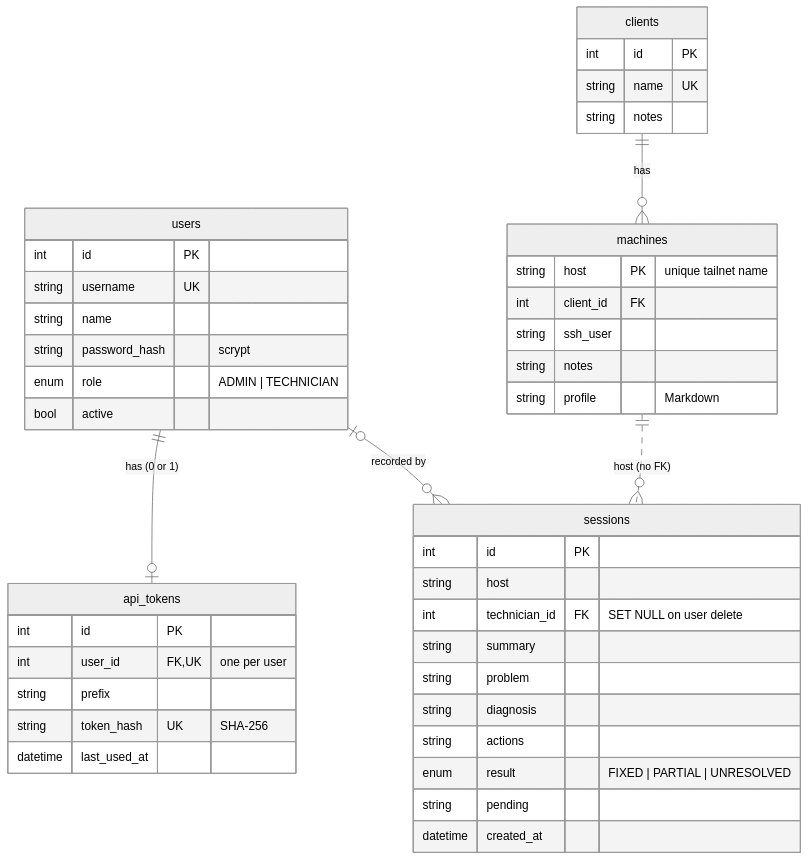
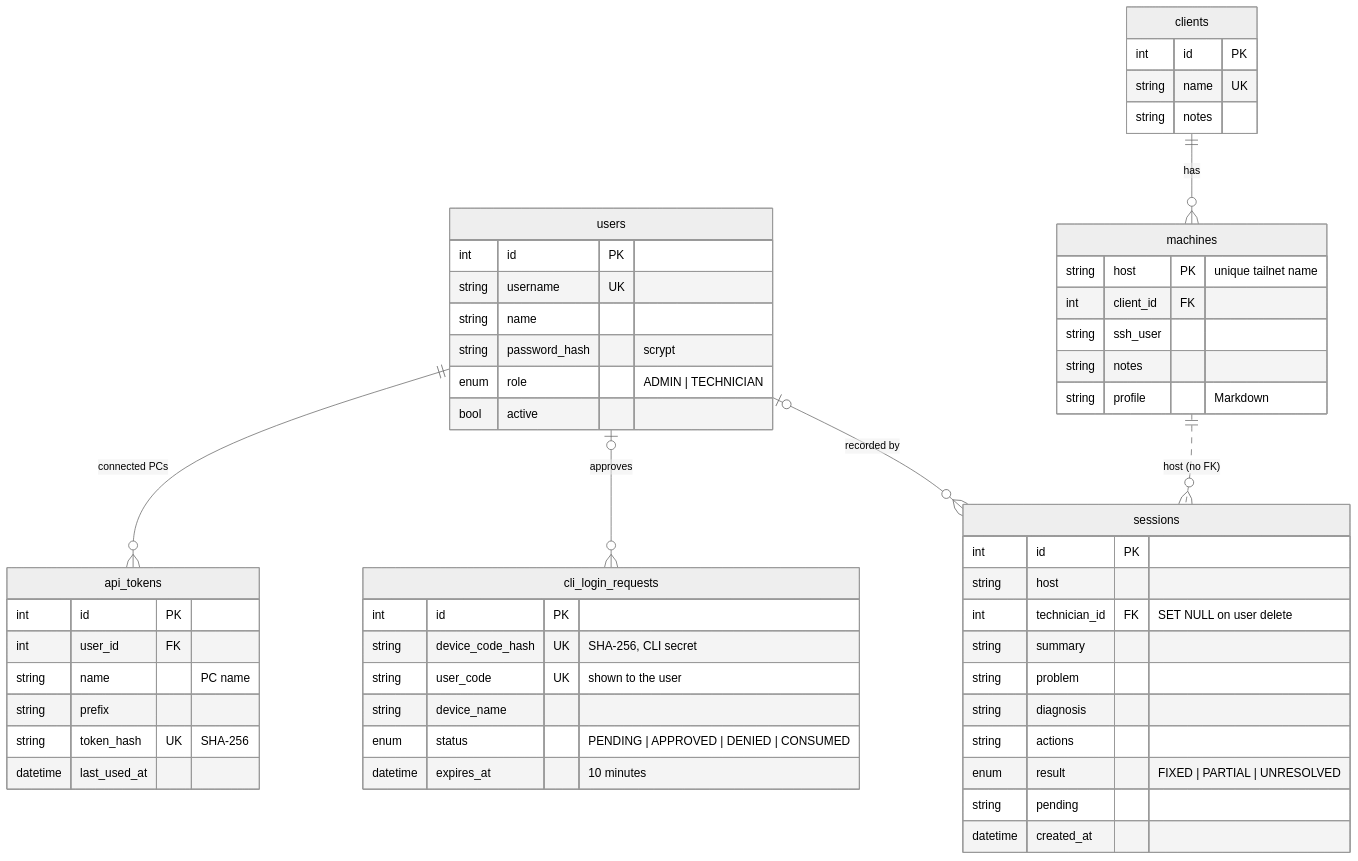
The second of 4 diagrams in docs/architecture.md (MiguelSousa369/nodehub), drawn with Mermaid (neutral theme) before and after one commit. The commit also changed other lines of this file and 10 other files, not shown here.

````diff
--- a/docs/architecture.md
+++ b/docs/architecture.md
@@ -41,47 +41,57 @@
 ```mermaid
 erDiagram
-  users ||--o| api_tokens : "has (0 or 1)"
+  users ||--o{ api_tokens : "connected PCs"
+  users |o--o{ cli_login_requests : approves
   users |o--o{ sessions : "recorded by"
   clients ||--o{ machines : has
   machines ||..o{ sessions : "host (no FK)"
 
   users {
     int id PK
     string username UK
     string name
     string password_hash "scrypt"
     enum role "ADMIN | TECHNICIAN"
     bool active
   }
   api_tokens {
     int id PK
-    int user_id FK,UK "one per user"
+    int user_id FK
+    string name "PC name"
     string prefix
     string token_hash UK "SHA-256"
     datetime last_used_at
+  }
+  cli_login_requests {
+    int id PK
+    string device_code_hash UK "SHA-256, CLI secret"
+    string user_code UK "shown to the user"
+    string device_name
+    enum status "PENDING | APPROVED | DENIED | CONSUMED"
+    datetime expires_at "10 minutes"
   }
   clients {
     int id PK
     string name UK
     string notes
   }
   machines {
     string host PK "unique tailnet name"
     int client_id FK
     string ssh_user
     string notes
     string profile "Markdown"
   }
   sessions {
     int id PK
     string host
     int technician_id FK "SET NULL on user delete"
     string summary
     string problem
     string diagnosis
     string actions
     enum result "FIXED | PARTIAL | UNRESOLVED"
     string pending
     datetime created_at
   }
 ```
````
